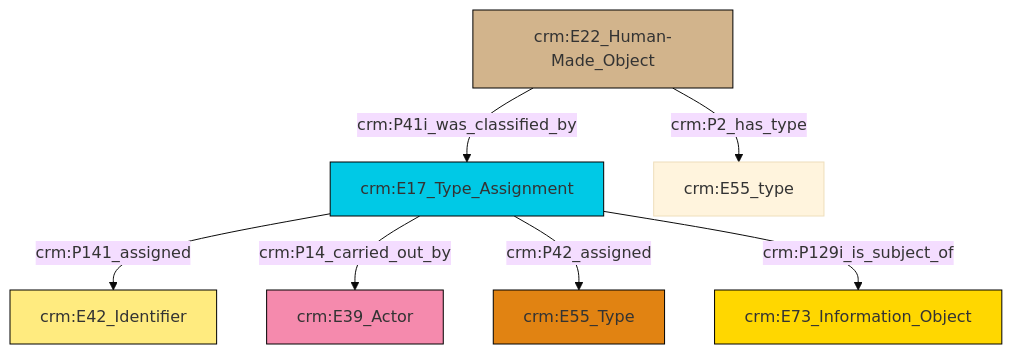
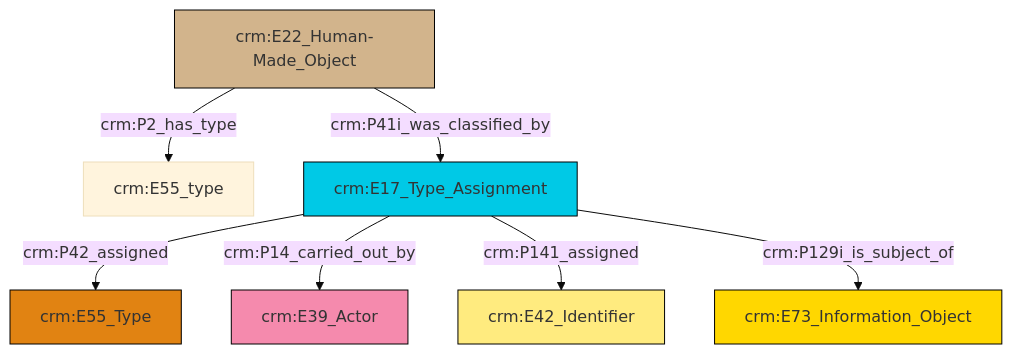
Before and after one commit to swiss-art-research-net/reference-data-models: the diagram in et/builtWorkCSV/ttl/mmd/Built_Work_designation_status.ttl.mmd, drawn with Mermaid (base theme). The commit also changed 151 other files, not shown here.

```diff
--- a/et/builtWorkCSV/ttl/mmd/Built_Work_designation_status.ttl.mmd
+++ b/et/builtWorkCSV/ttl/mmd/Built_Work_designation_status.ttl.mmd
@@ -1,21 +1,21 @@
 graph TD
 classDef Literal fill:#f2f2f2,stroke:#000000;
 classDef CRM_Entity fill:#FFFFFF,stroke:#000000;
 classDef Temporal_Entity fill:#00C9E6, stroke:#000000;
 classDef Type fill:#E18312, stroke:#000000;
 classDef Time-Span fill:#2C9C91, stroke:#000000;
 classDef Appellation fill:#FFEB7F, stroke:#000000;
 classDef Place fill:#008836, stroke:#000000;
 classDef Persistent_Item fill:#B266B2, stroke:#000000;
 classDef Conceptual_Object fill:#FFD700, stroke:#000000;
 classDef Physical_Thing fill:#D2B48C, stroke:#000000;
 classDef Actor fill:#f58aad, stroke:#000000;
 classDef PC_Classes fill:#4ce600, stroke:#000000;
 classDef Multi fill:#cccccc,stroke:#000000;
 
-0["crm:E17_Type_Assignment"]:::Temporal_Entity -->|crm:P141_assigned| 1["crm:E42_Identifier"]:::Appellation
-2["crm:E22_Human-Made_Object"]:::Physical_Thing -->|crm:P41i_was_classified_by| 0["crm:E17_Type_Assignment"]:::Temporal_Entity
-0["crm:E17_Type_Assignment"]:::Temporal_Entity -->|crm:P14_carried_out_by| 7["crm:E39_Actor"]:::Actor
-2["crm:E22_Human-Made_Object"]:::Physical_Thing -->|crm:P2_has_type| 11["crm:E55_type"]:::Default
-0["crm:E17_Type_Assignment"]:::Temporal_Entity -->|crm:P42_assigned| 3["crm:E55_Type"]:::Type
-0["crm:E17_Type_Assignment"]:::Temporal_Entity -->|crm:P129i_is_subject_of| 9["crm:E73_Information_Object"]:::Conceptual_Object
+4["crm:E17_Type_Assignment"]:::Temporal_Entity -->|crm:P42_assigned| 5["crm:E55_Type"]:::Type
+6["crm:E22_Human-Made_Object"]:::Physical_Thing -->|crm:P2_has_type| 2["crm:E55_type"]:::Default
+4["crm:E17_Type_Assignment"]:::Temporal_Entity -->|crm:P14_carried_out_by| 0["crm:E39_Actor"]:::Actor
+4["crm:E17_Type_Assignment"]:::Temporal_Entity -->|crm:P141_assigned| 11["crm:E42_Identifier"]:::Appellation
+6["crm:E22_Human-Made_Object"]:::Physical_Thing -->|crm:P41i_was_classified_by| 4["crm:E17_Type_Assignment"]:::Temporal_Entity
+4["crm:E17_Type_Assignment"]:::Temporal_Entity -->|crm:P129i_is_subject_of| 9["crm:E73_Information_Object"]:::Conceptual_Object
```
